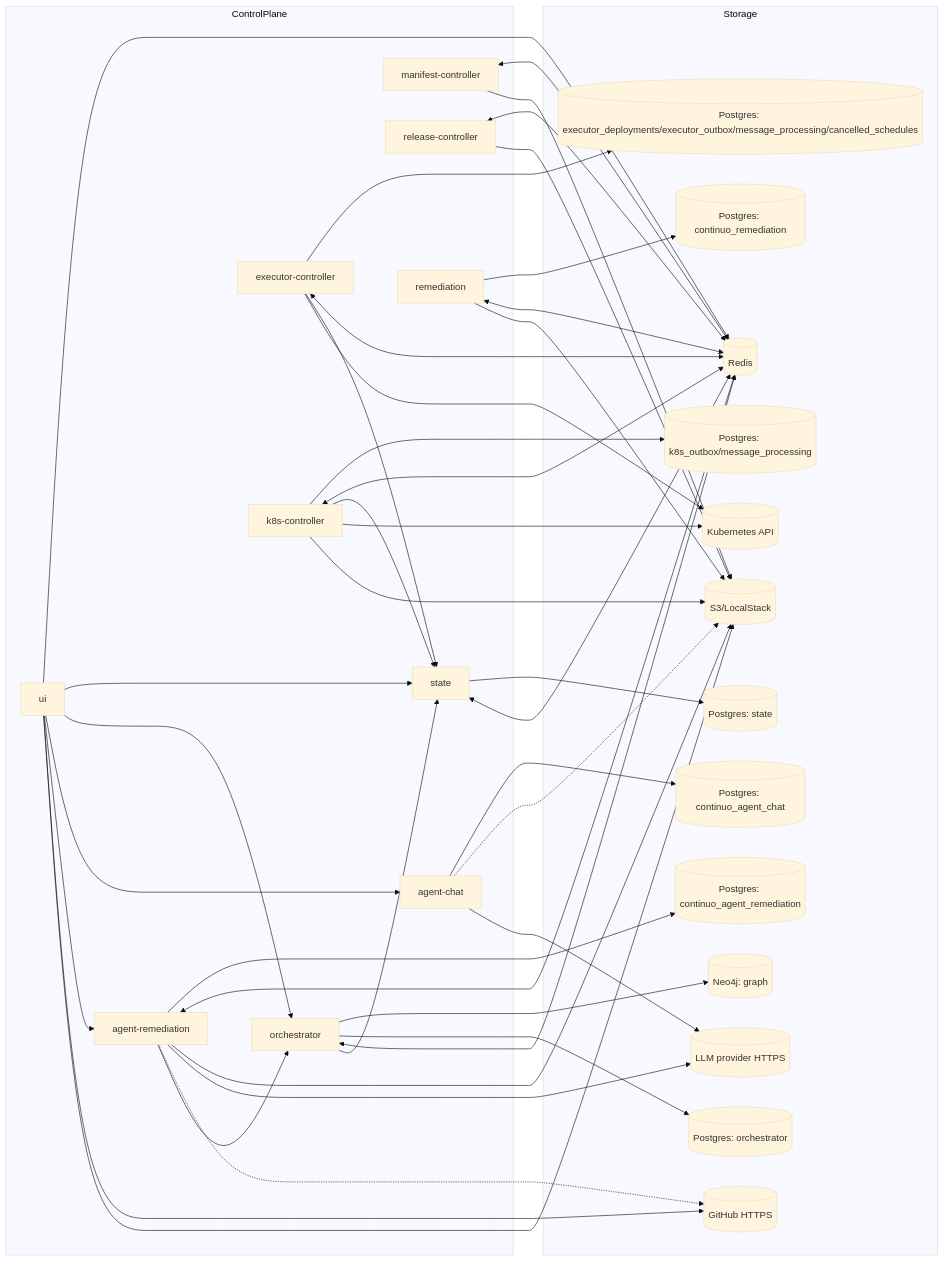
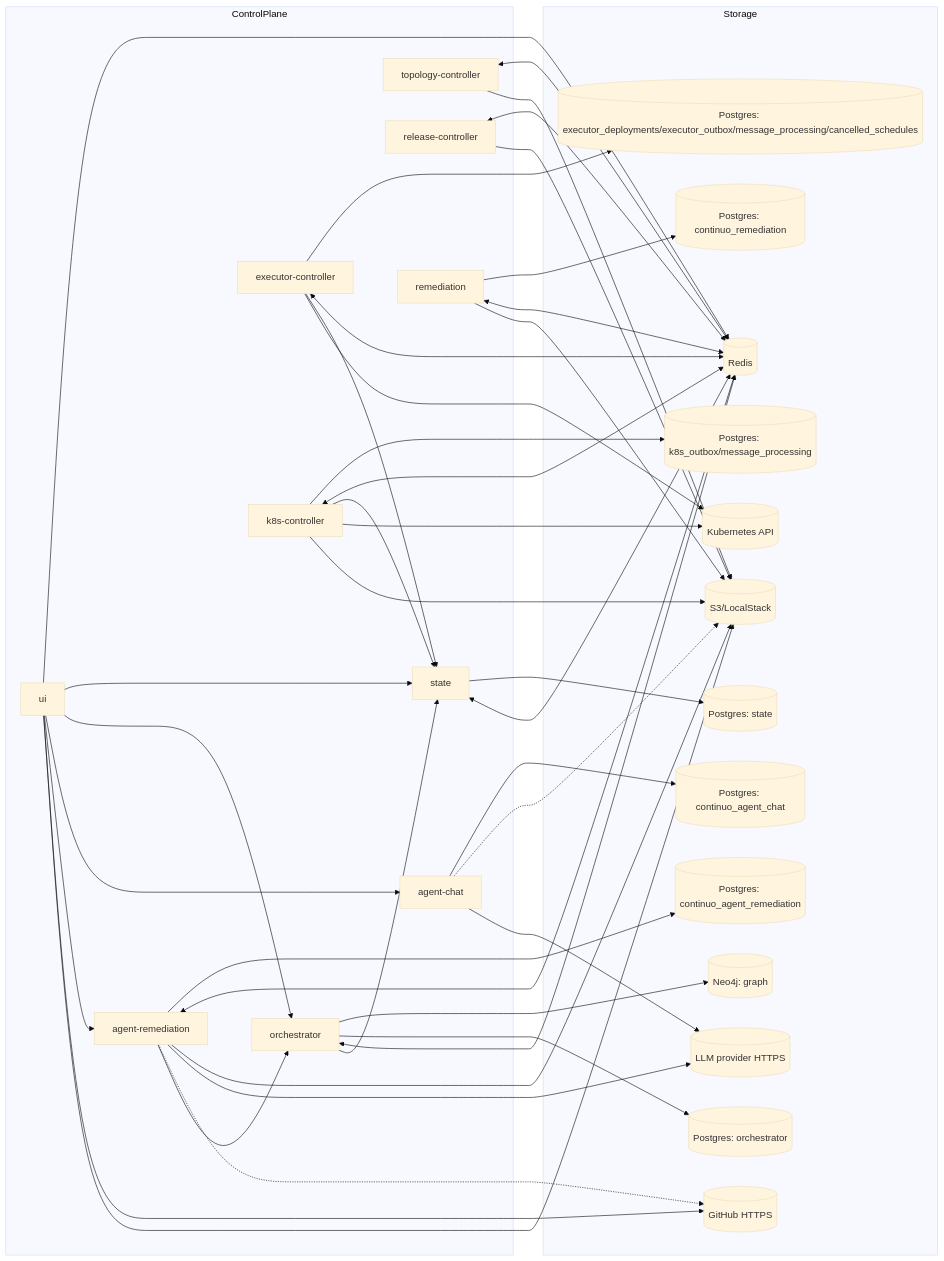
One commit to carolsimone/continuo changed the first of 2 diagrams in docs/arch/01-topology.md. Above: the diagram before and after it, drawn with Mermaid (base theme). The commit also changed other lines of this file and 148 other files, not shown here.

First line of the commit message:
refactor!: rename manifest-controller to topology-controller (#459)

````diff
--- a/docs/arch/01-topology.md
+++ b/docs/arch/01-topology.md
@@ -5,73 +5,73 @@
 ```mermaid
 flowchart LR
   subgraph ControlPlane
     ST[state]
     OR[orchestrator]
     EC[executor-controller]
     KC[k8s-controller]
-    MC[manifest-controller]
+    MC[topology-controller]
     RC[release-controller]
     UI[ui]
     AR[agent-chat]
     REM[remediation]
     REMA[agent-remediation]
   end
 
   subgraph Storage
     STDB[(Postgres: state)]
     ORPG[(Postgres: orchestrator)]
     GRDB[(Neo4j: graph)]
     ECPG[(Postgres: executor_deployments/executor_outbox/message_processing/cancelled_schedules)]
     KCPG[(Postgres: k8s_outbox/message_processing)]
     AGPG[(Postgres: continuo_agent_chat)]
     REMPG[(Postgres: continuo_remediation)]
     REMAGPG[(Postgres: continuo_agent_remediation)]
     S3[(S3/LocalStack)]
     K8S[(Kubernetes API)]
     R[(Redis)]
     LLM[(LLM provider HTTPS)]
     GH[(GitHub HTTPS)]
   end
 
   ST --> STDB
   OR --> GRDB
   OR --> ORPG
   EC --> ECPG
   KC --> KCPG
   AR --> AGPG
   REM --> REMPG
   REMA --> REMAGPG
 
   ST <--> R
   OR <--> R
   EC <--> R
   KC <--> R
   MC <--> R
   RC <--> R
   UI --> R
   REM <--> R
   REMA <--> R
 
   OR --> ST
   EC --> ST
   KC --> ST
   UI --> ST
   UI --> OR
   UI --> AR
   UI --> REMA
   UI --> GH
 
   EC --> K8S
   KC --> K8S
   KC --> S3
   MC --> S3
   RC --> S3
   AR -.-> S3
   AR --> LLM
   REM --> S3
   REMA --> S3
   REMA --> LLM
   REMA -.-> GH
   REMA --> OR
   UI --> S3
 ```
````
